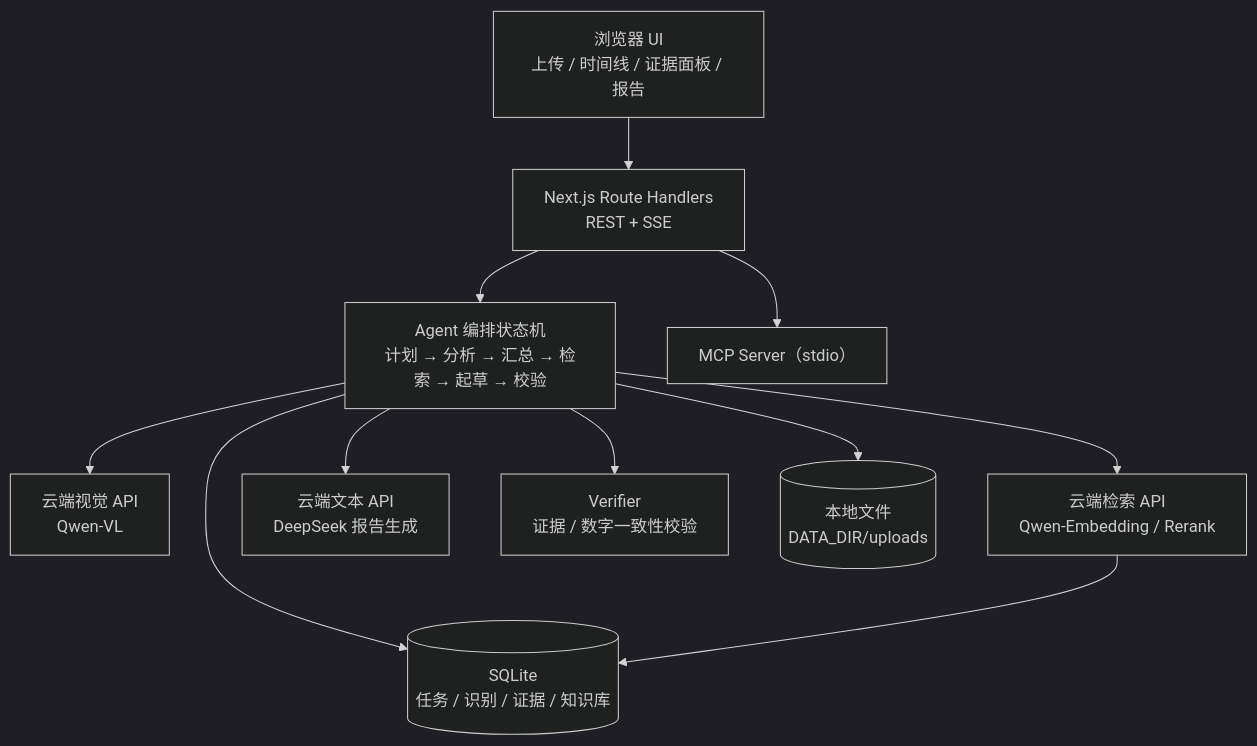
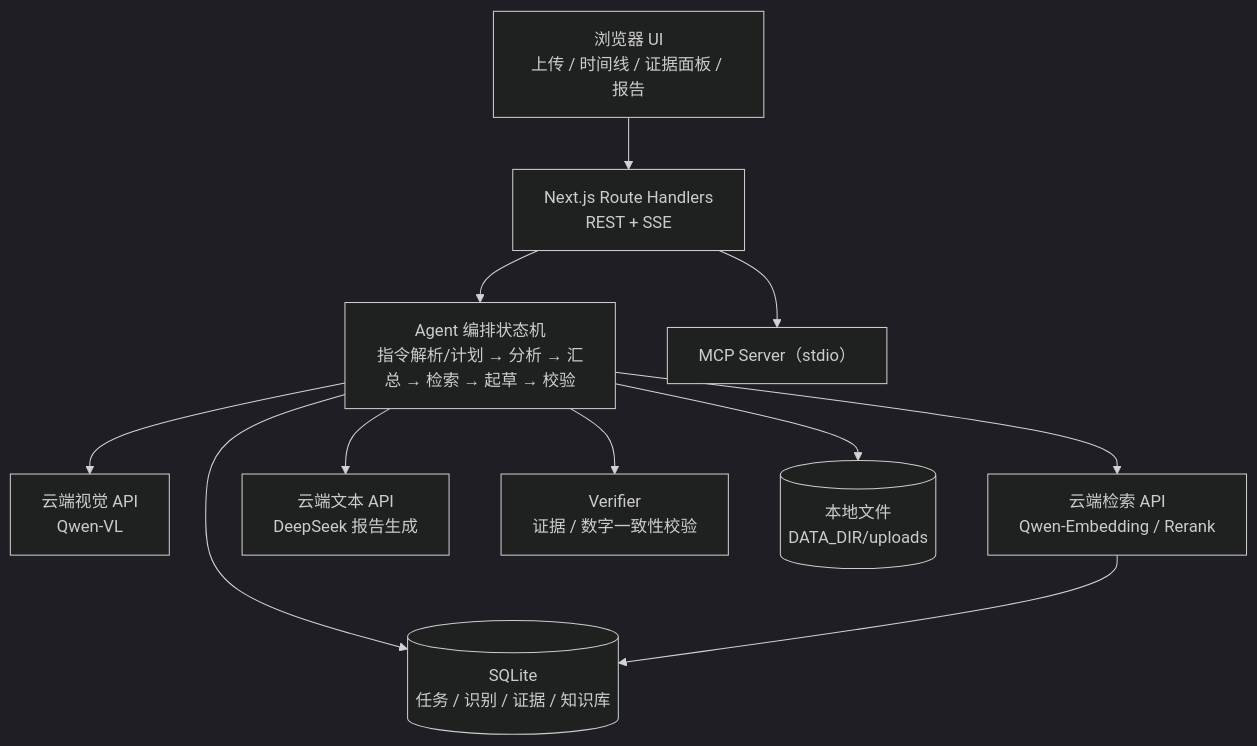
The diagram in README.md (2953208955-del/qingchuan-project), drawn with Mermaid (dark theme) before and after one commit. The commit also changed other lines of this file and 26 other files, not shown here.

````diff
--- a/README.md
+++ b/README.md
@@ -19,13 +20,13 @@
 ```mermaid
 flowchart TB
   UI["浏览器 UI<br/>上传 / 时间线 / 证据面板 / 报告"] --> API["Next.js Route Handlers<br/>REST + SSE"]
-  API --> ORCH["Agent 编排状态机<br/>计划 → 分析 → 汇总 → 检索 → 起草 → 校验"]
+  API --> ORCH["Agent 编排状态机<br/>指令解析/计划 → 分析 → 汇总 → 检索 → 起草 → 校验"]
   ORCH --> VISION["云端视觉 API<br/>Qwen-VL"]
   ORCH --> RAG["云端检索 API<br/>Qwen-Embedding / Rerank"]
   ORCH --> REP["云端文本 API<br/>DeepSeek 报告生成"]
   ORCH --> VER["Verifier<br/>证据 / 数字一致性校验"]
   ORCH --> DB[("SQLite<br/>任务 / 识别 / 证据 / 知识库")]
   ORCH --> FS[("本地文件<br/>DATA_DIR/uploads")]
   RAG --> DB
   API --> MCP["MCP Server（stdio）"]
 ```
````
